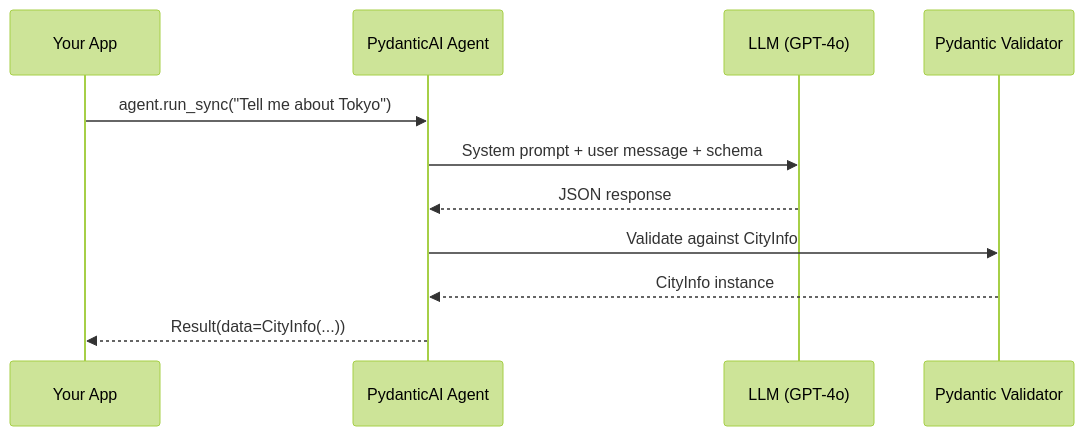
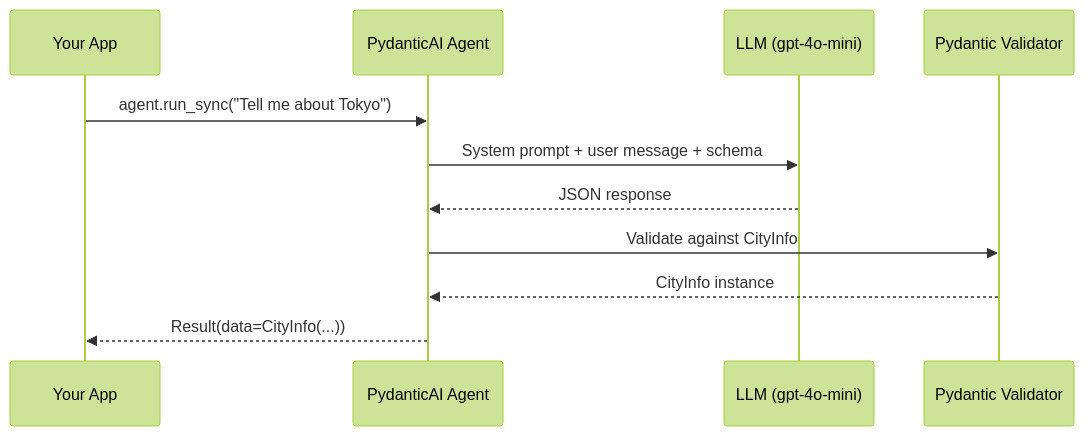
One commit to akshkr/akashnotes changed the second of 5 diagrams in Phase_3_Single_Agent/Day_040_pydanticai/pydanticai.md. Above: the diagram before and after it, drawn with Mermaid (forest theme). The commit also changed other lines of this file and 95 other files, not shown here.

````diff
--- a/Phase_3_Single_Agent/Day_040_pydanticai/pydanticai.md
+++ b/Phase_3_Single_Agent/Day_040_pydanticai/pydanticai.md
@@ -105,14 +105,14 @@
 ```mermaid
 sequenceDiagram
     participant App as Your App
     participant Agent as PydanticAI Agent
-    participant LLM as LLM (GPT-4o)
+    participant LLM as LLM (gpt-4o-mini)
     participant Val as Pydantic Validator
 
     App->>Agent: agent.run_sync("Tell me about Tokyo")
     Agent->>LLM: System prompt + user message + schema
     LLM-->>Agent: JSON response
     Agent->>Val: Validate against CityInfo
     Val-->>Agent: CityInfo instance
     Agent-->>App: Result(data=CityInfo(...))
 ```
````
